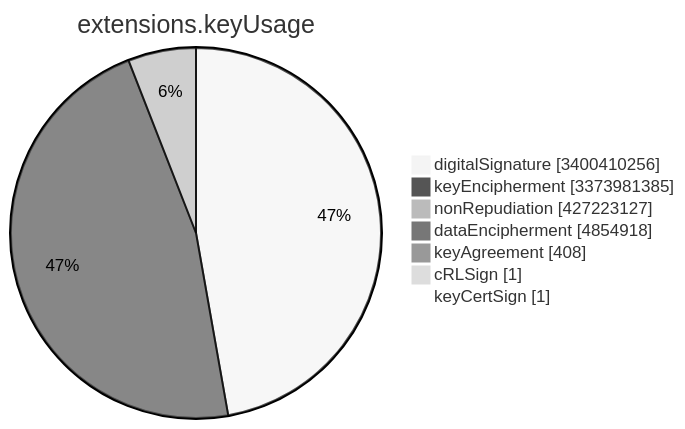
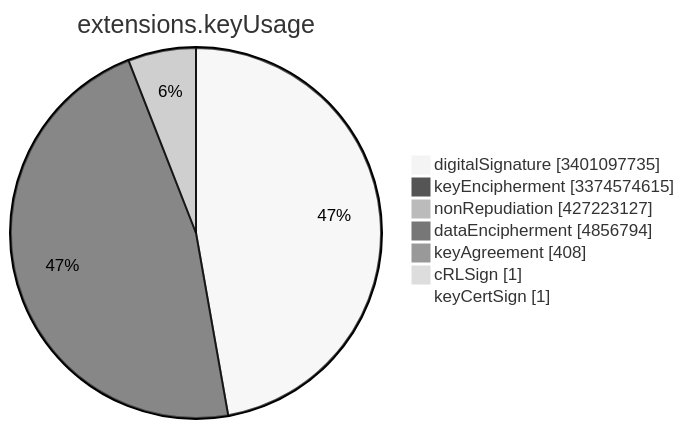
Before and after one commit to christiankrug/ctmonitor_visualization: the sixth of 15 diagrams in TOTAL/README.md, drawn with Mermaid (neutral theme). The commit also changed other lines of this file, not shown here.

````diff
--- a/TOTAL/README.md
+++ b/TOTAL/README.md
@@ -3081,11 +3081,11 @@
 ```mermaid
 pie showData
 title extensions.keyUsage
-"digitalSignature" :3400410256
-"keyEncipherment" :3373981385
+"digitalSignature" :3401097735
+"keyEncipherment" :3374574615
 "nonRepudiation" :427223127
-"dataEncipherment" :4854918
+"dataEncipherment" :4856794
 "keyAgreement" :408
 "cRLSign" :1
 "keyCertSign" :1
 ```
````
